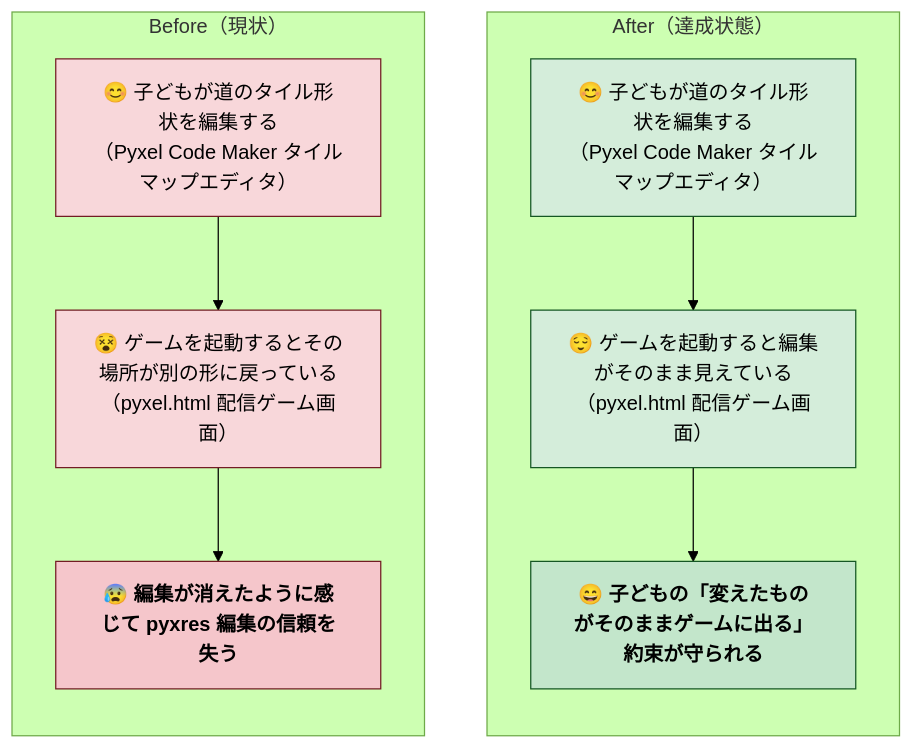
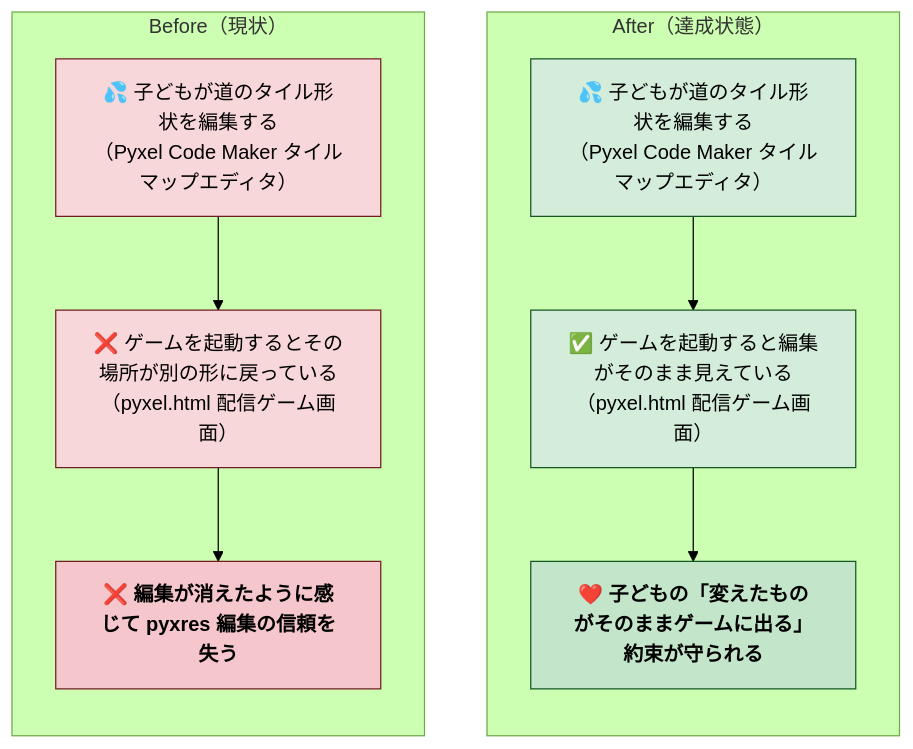
One commit to tatsuro-ueda/code-quest-pyxel changed the first of 6 diagrams in steering/20260425-pyxres-as-world-map-ssot.md. Above: the diagram before and after it, drawn with Mermaid (forest theme). The commit also changed other lines of this file, not shown here.

First line of the commit message:
docs(steering): pyxres SSoT note に Gherkin 4 シナリオ素案を追加

````diff
--- a/steering/20260425-pyxres-as-world-map-ssot.md
+++ b/steering/20260425-pyxres-as-world-map-ssot.md
@@ -31,28 +31,28 @@
 ```mermaid
 flowchart LR
     subgraph BEFORE[Before（現状）]
         direction TB
-        B1[😊 子どもが道のタイル形状を編集する<br>（Pyxel Code Maker タイルマップエディタ）]
-        B1 --> B2[😵 ゲームを起動するとその場所が別の形に戻っている<br>（pyxel.html 配信ゲーム画面）]
-        B2 --> B_END[😰 編集が消えたように感じて pyxres 編集の信頼を失う]
+        B1[💦 子どもが道のタイル形状を編集する<br>（Pyxel Code Maker タイルマップエディタ）]
+        B1 --> B2[❌ ゲームを起動するとその場所が別の形に戻っている<br>（pyxel.html 配信ゲーム画面）]
+        B2 --> B_END[❌ 編集が消えたように感じて pyxres 編集の信頼を失う]
     end
 
     subgraph AFTER[After（達成状態）]
         direction TB
-        A1[😊 子どもが道のタイル形状を編集する<br>（Pyxel Code Maker タイルマップエディタ）]
-        A1 --> A2[😌 ゲームを起動すると編集がそのまま見えている<br>（pyxel.html 配信ゲーム画面）]
-        A2 --> A_END[😄 子どもの「変えたものがそのままゲームに出る」約束が守られる]
+        A1[💦 子どもが道のタイル形状を編集する<br>（Pyxel Code Maker タイルマップエディタ）]
+        A1 --> A2[✅ ゲームを起動すると編集がそのまま見えている<br>（pyxel.html 配信ゲーム画面）]
+        A2 --> A_END[❤️ 子どもの「変えたものがそのままゲームに出る」約束が守られる]
     end
 
     BEFORE ~~~ AFTER
 
     classDef oldStyle fill:#f8d7da,stroke:#721c24,color:#000000;
     classDef newStyle fill:#d4edda,stroke:#155724,color:#000000;
     classDef endOld fill:#f5c6cb,stroke:#721c24,color:#000000,font-weight:bold;
     classDef endNew fill:#c3e6cb,stroke:#155724,color:#000000,font-weight:bold;
 
     class B1,B2 oldStyle;
     class A1,A2 newStyle;
     class B_END endOld;
     class A_END endNew;
 ```
````
